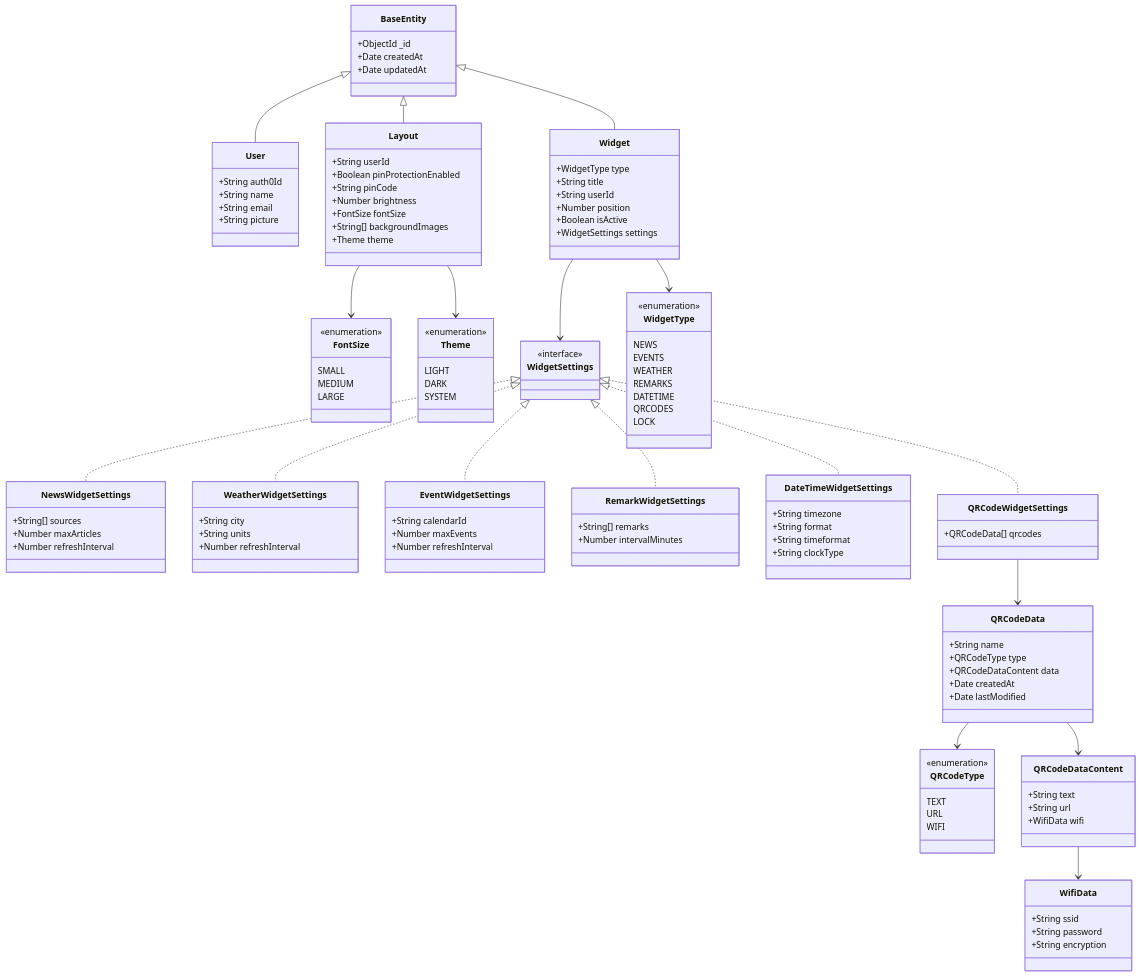
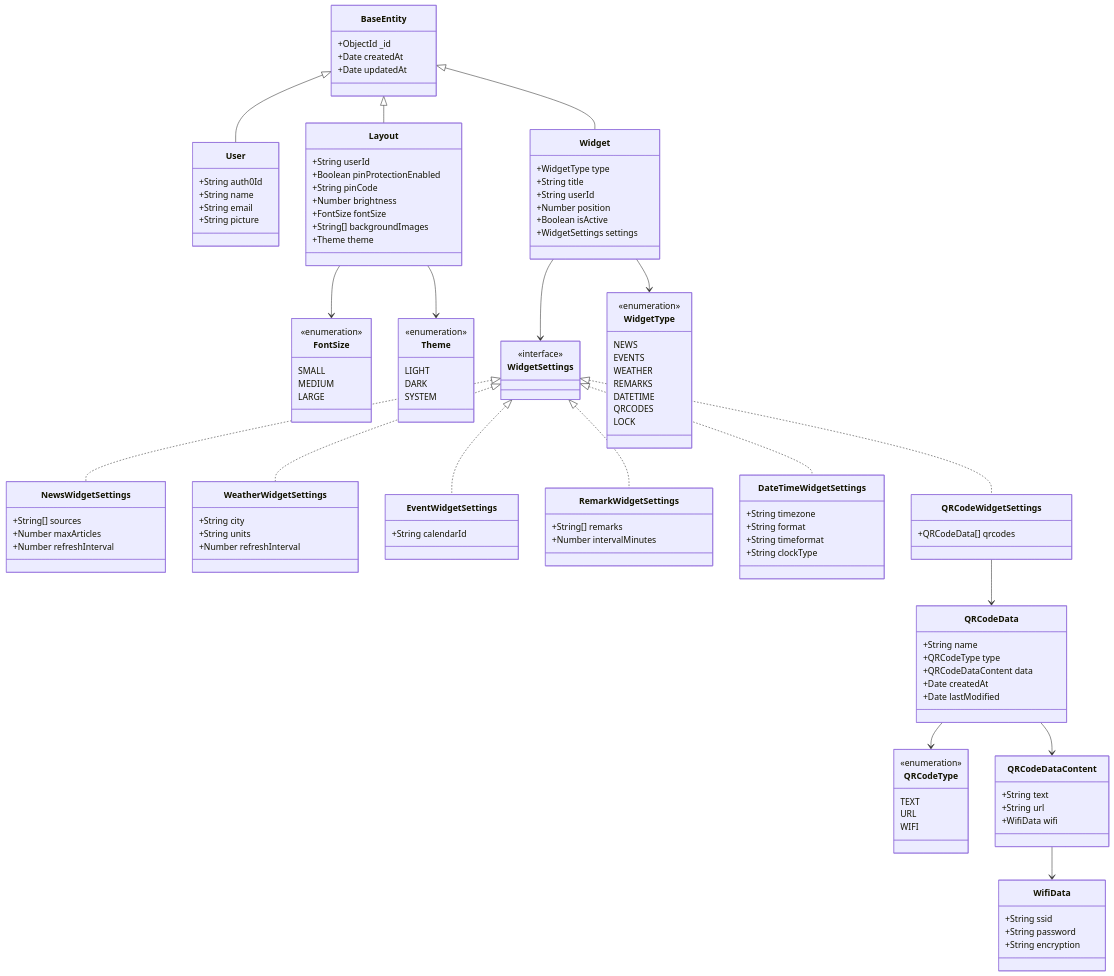
Before and after one commit to dyaa4/screenboard: the diagram in backend/docs/data-model.mermaid, drawn with Mermaid. The commit also changed 12 other files, not shown here.

Commit message:
refactor: Remove maxEvents property from EventWidgetSettings and related components

```diff
--- a/backend/docs/data-model.mermaid
+++ b/backend/docs/data-model.mermaid
@@ -1,142 +1,140 @@
 classDiagram
     class BaseEntity {
         +ObjectId _id
         +Date createdAt
         +Date updatedAt
     }
 
     class User {
         +String auth0Id
         +String name
         +String email
         +String picture
     }
 
     class Layout {
         +String userId
         +Boolean pinProtectionEnabled
         +String pinCode
         +Number brightness
         +FontSize fontSize
         +String[] backgroundImages
         +Theme theme
     }
 
     class Widget {
         +WidgetType type
         +String title
         +String userId
         +Number position
         +Boolean isActive
         +WidgetSettings settings
     }
 
     class WidgetSettings {
         <<interface>>
     }
 
     class NewsWidgetSettings {
         +String[] sources
         +Number maxArticles
         +Number refreshInterval
     }
 
     class WeatherWidgetSettings {
         +String city
         +String units
         +Number refreshInterval
     }
 
     class EventWidgetSettings {
         +String calendarId
-        +Number maxEvents
-        +Number refreshInterval
     }
 
     class RemarkWidgetSettings {
         +String[] remarks
         +Number intervalMinutes
     }
 
     class DateTimeWidgetSettings {
         +String timezone
         +String format
         +String timeformat
         +String clockType
     }
 
     class QRCodeWidgetSettings {
         +QRCodeData[] qrcodes
     }
 
     BaseEntity <|-- User
     BaseEntity <|-- Layout
     BaseEntity <|-- Widget
     WidgetSettings <|.. NewsWidgetSettings
     WidgetSettings <|.. WeatherWidgetSettings
     WidgetSettings <|.. EventWidgetSettings
     WidgetSettings <|.. RemarkWidgetSettings
     WidgetSettings <|.. DateTimeWidgetSettings
     WidgetSettings <|.. QRCodeWidgetSettings
     Widget --> WidgetSettings
 
     class FontSize {
         <<enumeration>>
         SMALL
         MEDIUM
         LARGE
     }
 
     class WidgetType {
         <<enumeration>>
         NEWS
         EVENTS
         WEATHER
         REMARKS
         DATETIME
         QRCODES
         LOCK
     }
 
     class Theme {
         <<enumeration>>
         LIGHT
         DARK
         SYSTEM
     }
 
     Layout --> FontSize
     Layout --> Theme
     Widget --> WidgetType
 
     class QRCodeData {
         +String name
         +QRCodeType type
         +QRCodeDataContent data
         +Date createdAt
         +Date lastModified
     }
 
     class QRCodeType {
         <<enumeration>>
         TEXT
         URL
         WIFI
     }
 
     class QRCodeDataContent {
         +String text
         +String url
         +WifiData wifi
     }
 
     class WifiData {
         +String ssid
         +String password
         +String encryption
     }
 
     QRCodeWidgetSettings --> QRCodeData
     QRCodeData --> QRCodeType
     QRCodeData --> QRCodeDataContent
     QRCodeDataContent --> WifiData
```
